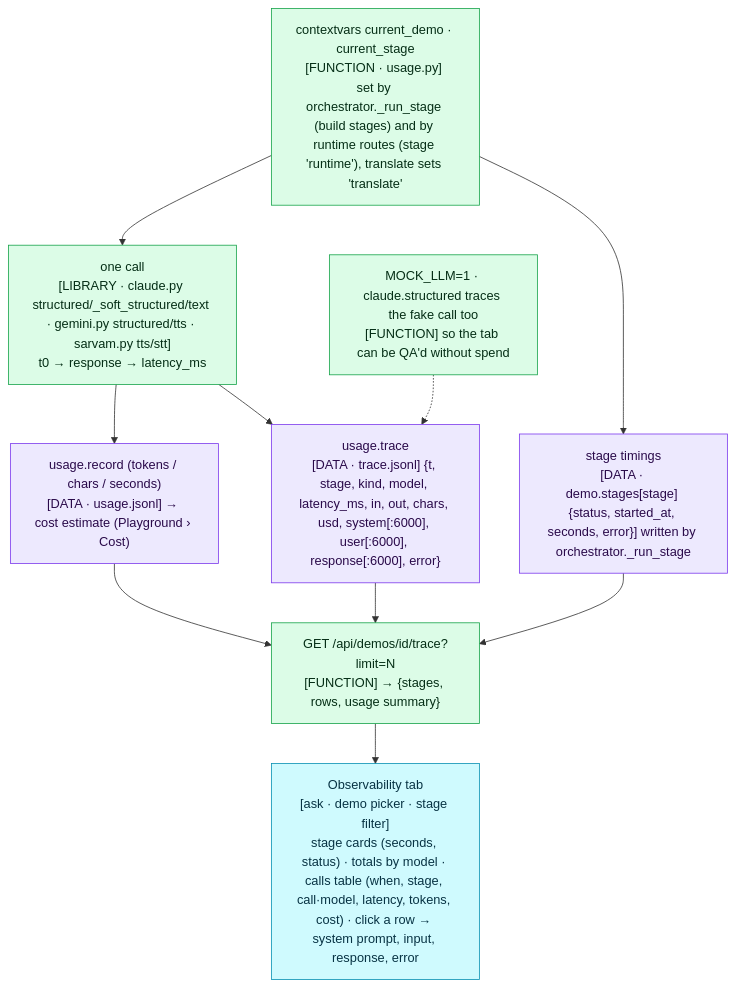
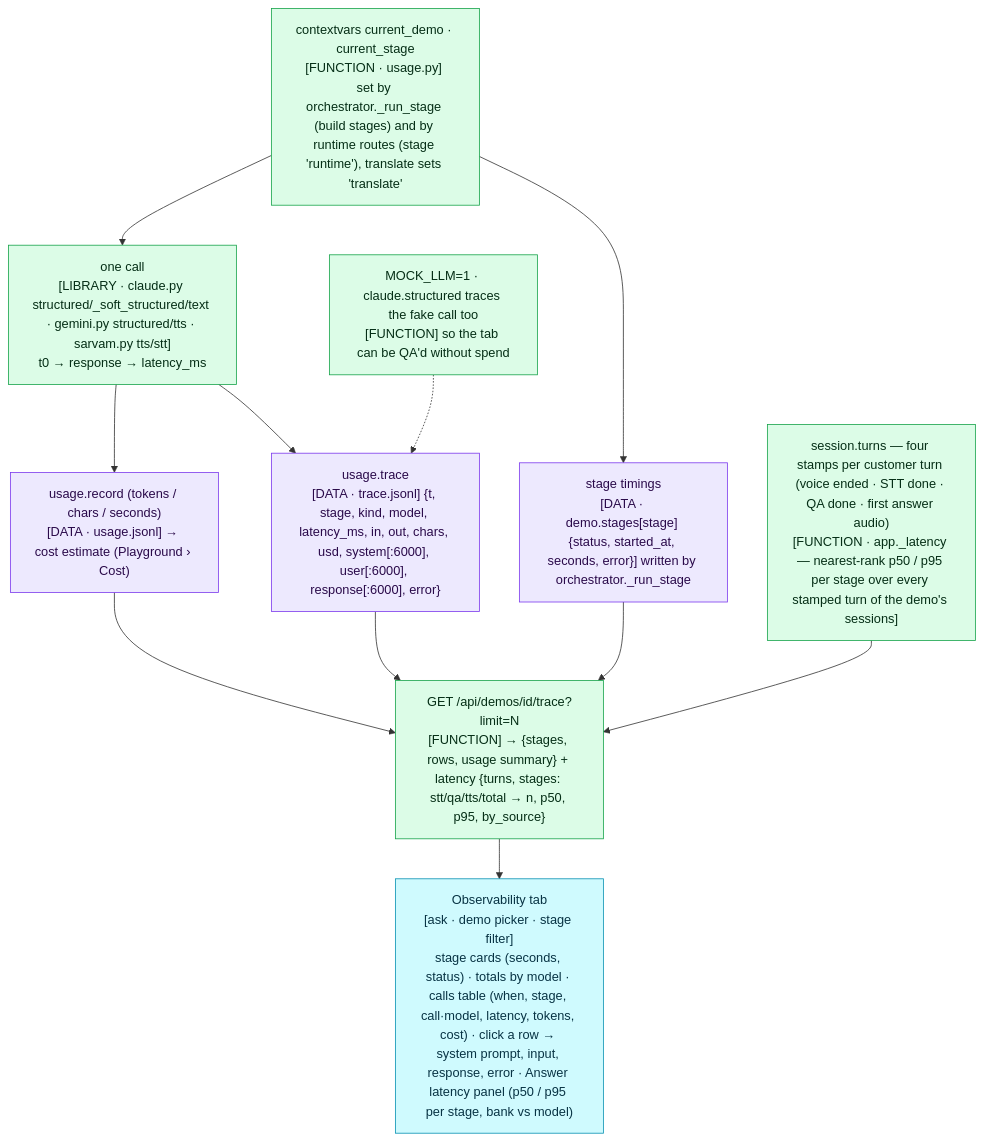
Before and after one commit to APareek89/demo-studio: the diagram in docs/mermaid/07-observability.mmd, drawn with Mermaid. The commit also changed 11 other files, not shown here.

First line of the commit message:
slides-v1 Phase 8: four stamps per customer turn, p50 / p95 per stage in Observability

```diff
--- a/docs/mermaid/07-observability.mmd
+++ b/docs/mermaid/07-observability.mmd
@@ -1,26 +1,28 @@
 %% 07 · Observability — every model / speech call → trace.jsonl → Observability tab (web/observability.js)
 flowchart TD
   CTX["contextvars current_demo · current_stage<br/>[FUNCTION · usage.py] set by orchestrator._run_stage (build stages) and by runtime routes (stage 'runtime'), translate sets 'translate'"]:::fn
   CALL["one call<br/>[LIBRARY · claude.py structured/_soft_structured/text · gemini.py structured/tts · sarvam.py tts/stt]<br/>t0 → response → latency_ms"]:::fn
   REC["usage.record (tokens / chars / seconds)<br/>[DATA · usage.jsonl] → cost estimate (Playground › Cost)"]:::data
   TR["usage.trace<br/>[DATA · trace.jsonl] {t, stage, kind, model, latency_ms, in, out, chars, usd, system[:6000], user[:6000], response[:6000], error}"]:::data
   STG["stage timings<br/>[DATA · demo.stages[stage] {status, started_at, seconds, error}] written by orchestrator._run_stage"]:::data
-  API["GET /api/demos/id/trace?limit=N<br/>[FUNCTION] → {stages, rows, usage summary}"]:::fn
-  TAB["Observability tab<br/>[ask · demo picker · stage filter]<br/>stage cards (seconds, status) · totals by model · calls table (when, stage, call·model, latency, tokens, cost) · click a row → system prompt, input, response, error"]:::ask
+  LAT["session.turns — four stamps per customer turn (voice ended · STT done · QA done · first answer audio)<br/>[FUNCTION · app._latency — nearest-rank p50 / p95 per stage over every stamped turn of the demo's sessions]"]:::fn
+  API["GET /api/demos/id/trace?limit=N<br/>[FUNCTION] → {stages, rows, usage summary} + latency {turns, stages: stt/qa/tts/total → n, p50, p95, by_source}"]:::fn
+  TAB["Observability tab<br/>[ask · demo picker · stage filter]<br/>stage cards (seconds, status) · totals by model · calls table (when, stage, call·model, latency, tokens, cost) · click a row → system prompt, input, response, error · Answer latency panel (p50 / p95 per stage, bank vs model)"]:::ask
   MOCK["MOCK_LLM=1 · claude.structured traces the fake call too<br/>[FUNCTION] so the tab can be QA'd without spend"]:::fn
 
   CTX --> CALL --> REC
   CALL --> TR
   CTX --> STG
   TR --> API
   STG --> API
   REC --> API
   API --> TAB
   MOCK -.-> TR
 
+  LAT --> API
   classDef agent fill:#dbeafe,stroke:#2563eb,color:#0b2a5b;
   classDef fn fill:#dcfce7,stroke:#16a34a,color:#052e16;
   classDef dec fill:#f3e8ff,stroke:#9333ea,color:#2a0a4a;
   classDef term fill:#e5e7eb,stroke:#6b7280,color:#111827;
   classDef ask fill:#cffafe,stroke:#0891b2,color:#083344;
   classDef data fill:#ede9fe,stroke:#7c3aed,color:#2a0a4a;
```
